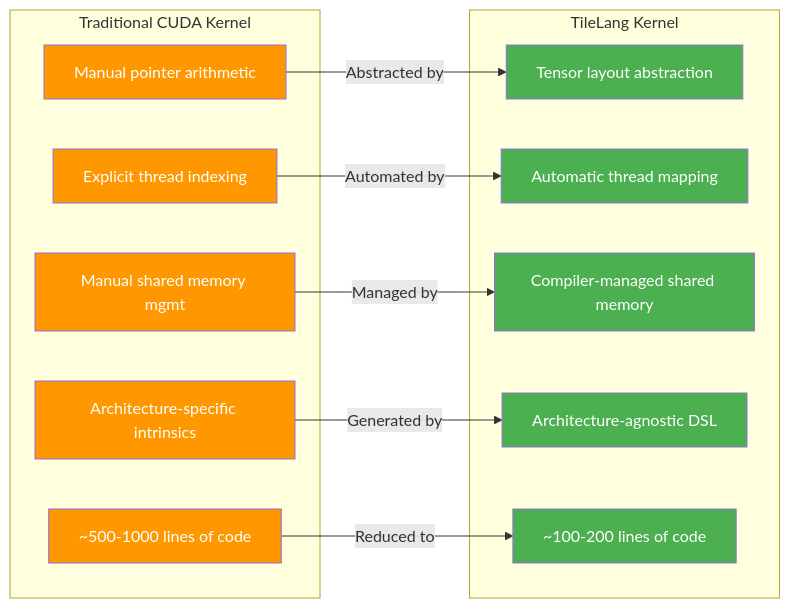
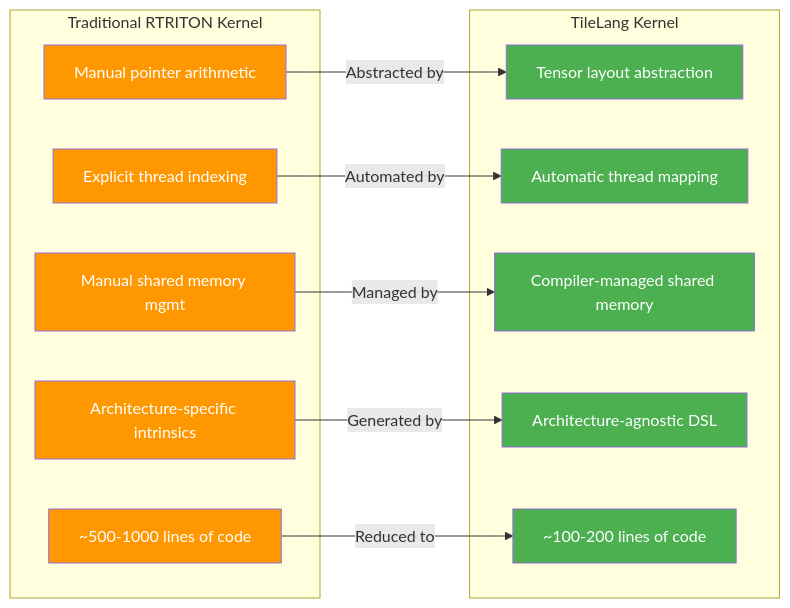
The third of 14 diagrams in docs/developer_guide/tilelang_visual_guide.md (Ammar-Alnagar/Chimera), drawn with Mermaid before and after one commit. The commit also changed other lines of this file and 822 other files, not shown here.

Commit message:
refactor: unify infrastructure by removing legacy CUDA graph and IPC utilities and standardizing kernel interfaces.

````diff
--- a/docs/developer_guide/tilelang_visual_guide.md
+++ b/docs/developer_guide/tilelang_visual_guide.md
@@ -109,35 +109,35 @@
 ```mermaid
 flowchart LR
-    subgraph "Traditional CUDA Kernel"
+    subgraph "Traditional RTRITON Kernel"
         A1[Manual pointer arithmetic]
         A2[Explicit thread indexing]
         A3[Manual shared memory mgmt]
         A4[Architecture-specific intrinsics]
         A5[~500-1000 lines of code]
     end
 
     subgraph "TileLang Kernel"
         B1[Tensor layout abstraction]
         B2[Automatic thread mapping]
         B3[Compiler-managed shared memory]
         B4[Architecture-agnostic DSL]
         B5[~100-200 lines of code]
     end
 
     A1 -->|Abstracted by| B1
     A2 -->|Automated by| B2
     A3 -->|Managed by| B3
     A4 -->|Generated by| B4
     A5 -->|Reduced to| B5
 
     style A1 fill:#FF9800,color:#fff
     style A2 fill:#FF9800,color:#fff
     style A3 fill:#FF9800,color:#fff
     style A4 fill:#FF9800,color:#fff
     style A5 fill:#FF9800,color:#fff
     style B1 fill:#4CAF50,color:#fff
     style B2 fill:#4CAF50,color:#fff
     style B3 fill:#4CAF50,color:#fff
     style B4 fill:#4CAF50,color:#fff
     style B5 fill:#4CAF50,color:#fff
 ```
````
